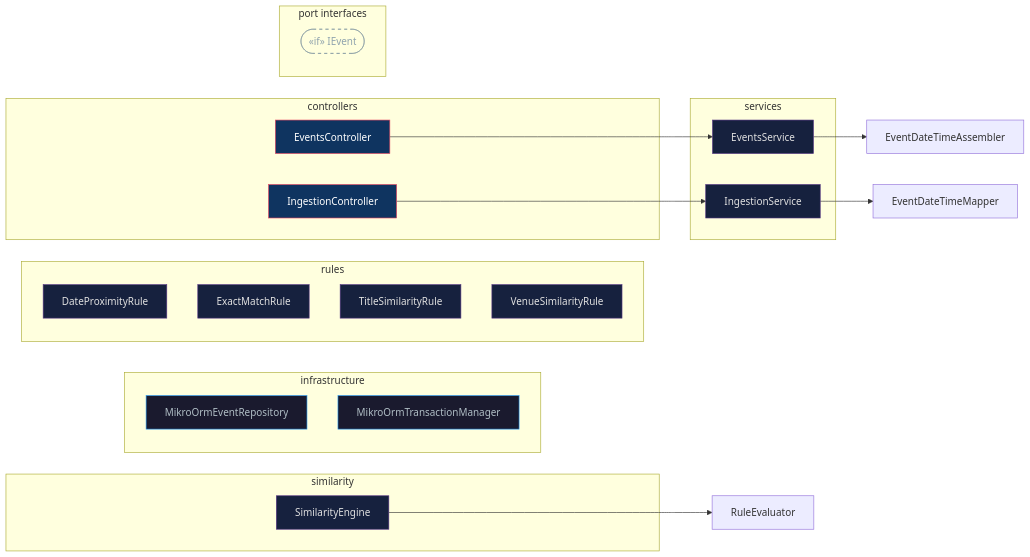
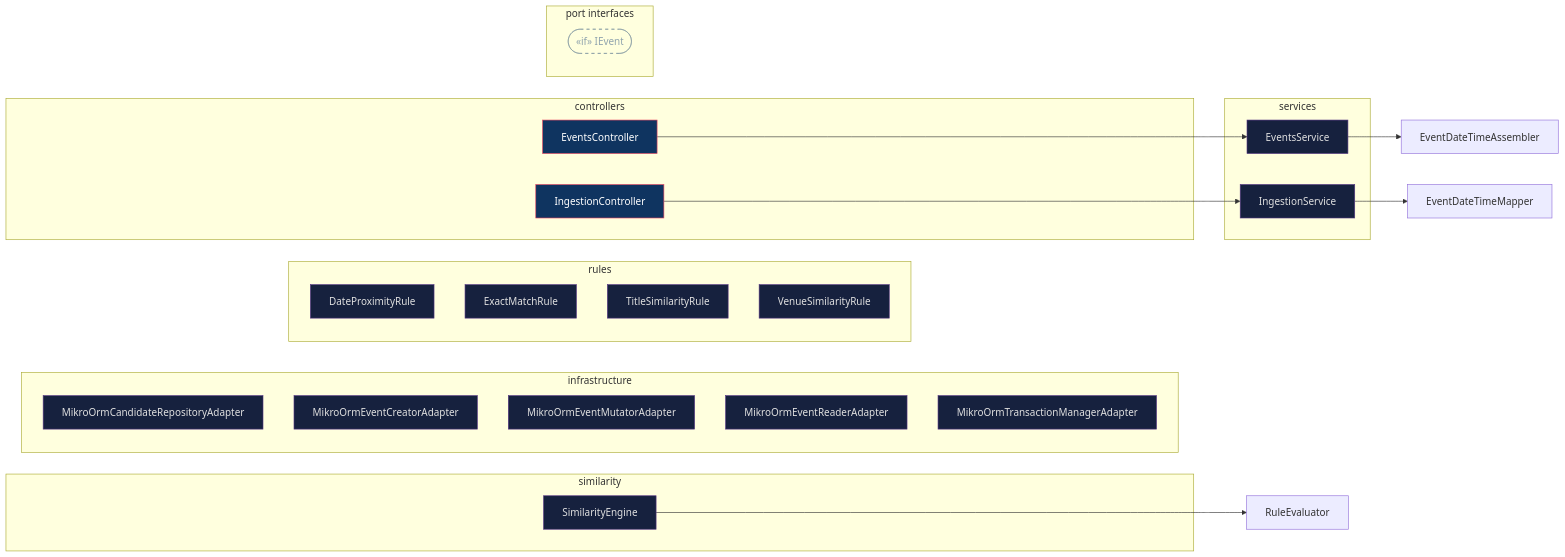
One commit to Phastboy/campuspulse changed the second of 3 diagrams in docs/architecture.md. Above: the diagram before and after it, drawn with Mermaid. The commit also changed other lines of this file and 1 other file, not shown here.

Commit message:
docs(architecture): update diagrams with new adapter classes
· Update dependency graph to show five infrastructure adapters instead of monolithic repository
· Remove infrastructure layer from layer diagram (moved to dependency graph)
· Add MikroOrmCandidateRepositoryAdapter, MikroOrmEventCreatorAdapter, MikroOrmEventMutatorAdapter, MikroOrmEventReaderAdapter, MikroOrmTransactionManagerAdapter to diagrams
· Remove unused parameter from save method in event mutator adapter
· Update timestamp in generated documentation

````diff
--- a/docs/architecture.md
+++ b/docs/architecture.md
@@ -36,58 +36,64 @@
 ```mermaid
 graph LR
   %% Class-level dependency injection
   %% Solid arrow → direct dependency    Dashed arrow -.-> via port token
 
   subgraph controllers ["controllers"]
     EventsController["EventsController"]
     IngestionController["IngestionController"]
   end
 
   subgraph infrastructure ["infrastructure"]
-    MikroOrmEventRepository["MikroOrmEventRepository"]
-    MikroOrmTransactionManager["MikroOrmTransactionManager"]
+    MikroOrmCandidateRepositoryAdapter["MikroOrmCandidateRepositoryAdapter"]
+    MikroOrmEventCreatorAdapter["MikroOrmEventCreatorAdapter"]
+    MikroOrmEventMutatorAdapter["MikroOrmEventMutatorAdapter"]
+    MikroOrmEventReaderAdapter["MikroOrmEventReaderAdapter"]
+    MikroOrmTransactionManagerAdapter["MikroOrmTransactionManagerAdapter"]
   end
 
   subgraph rules ["rules"]
     DateProximityRule["DateProximityRule"]
     ExactMatchRule["ExactMatchRule"]
     TitleSimilarityRule["TitleSimilarityRule"]
     VenueSimilarityRule["VenueSimilarityRule"]
   end
 
   subgraph services ["services"]
     EventsService["EventsService"]
     IngestionService["IngestionService"]
   end
 
   subgraph similarity ["similarity"]
     SimilarityEngine["SimilarityEngine"]
   end
 
   EventsController --> EventsService
   IngestionController --> IngestionService
   EventsService --> EventDateTimeAssembler
   IngestionService --> EventDateTimeMapper
   SimilarityEngine --> RuleEvaluator
 
   subgraph ports_sg ["port interfaces"]
     IEvent(["«if» IEvent"])
   end
 
   classDef ctrl  fill:#0f3460,stroke:#e94560,color:#fff
   classDef svc   fill:#16213e,stroke:#533483,color:#e0e0e0
   classDef infra fill:#1a1a2e,stroke:#2196f3,color:#b0bec5
   classDef port  fill:none,stroke:#78909c,color:#90a4ae,stroke-dasharray:5 5
   class EventsController ctrl
   class IngestionController ctrl
-  class MikroOrmEventRepository infra
-  class MikroOrmTransactionManager infra
+  class MikroOrmCandidateRepositoryAdapter svc
+  class MikroOrmEventCreatorAdapter svc
+  class MikroOrmEventMutatorAdapter svc
+  class MikroOrmEventReaderAdapter svc
+  class MikroOrmTransactionManagerAdapter svc
   class DateProximityRule svc
   class ExactMatchRule svc
   class TitleSimilarityRule svc
   class VenueSimilarityRule svc
   class EventsService svc
   class IngestionService svc
   class SimilarityEngine svc
   class IEvent port
 ```
````
